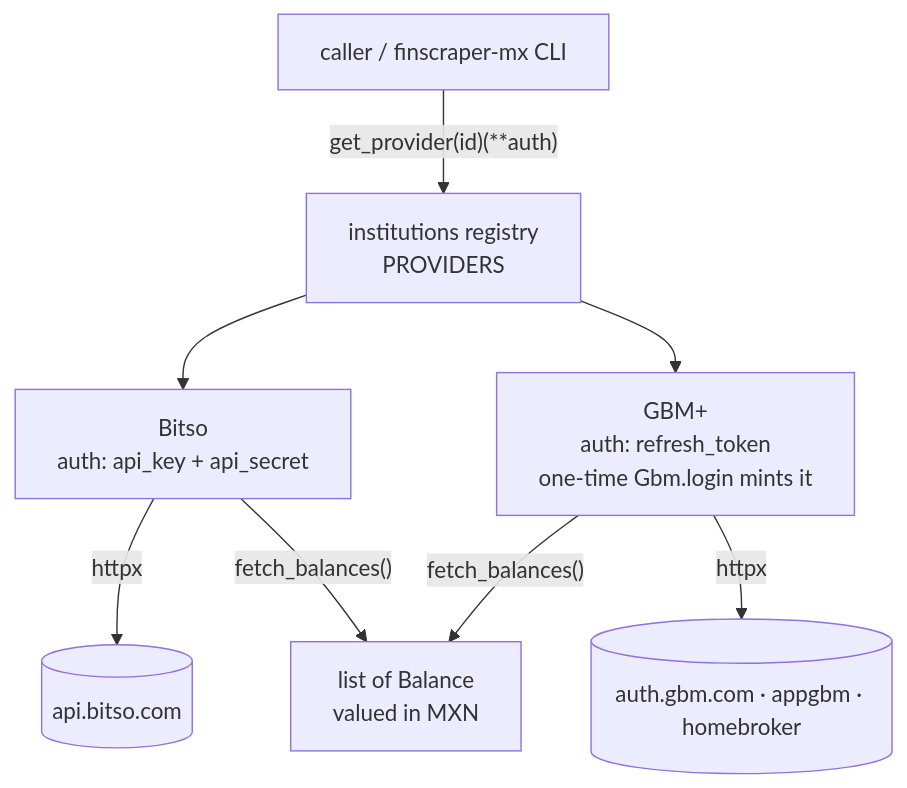
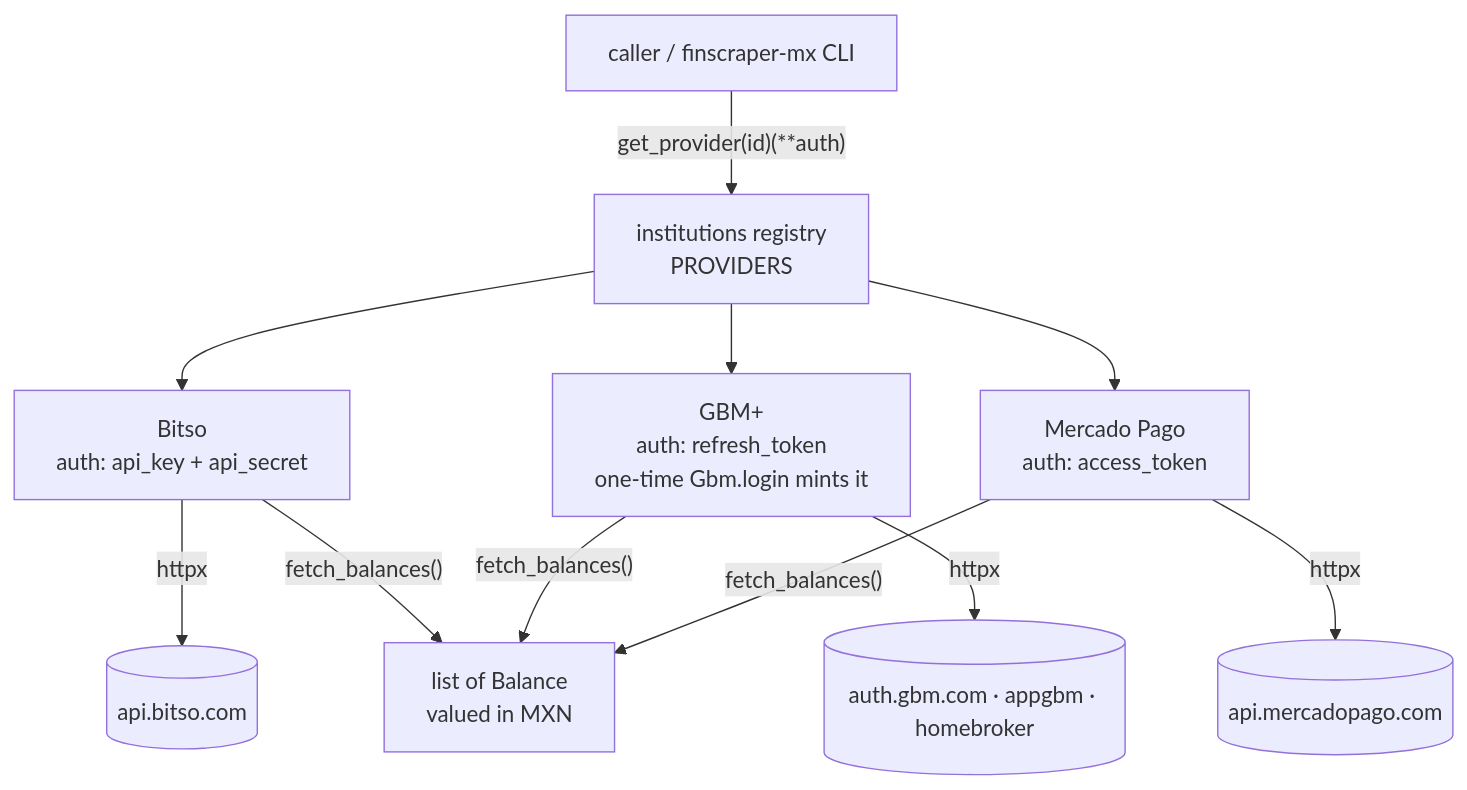
One commit to PaoloReyes/finscraper-mx changed the diagram in CLAUDE.md. Above: the diagram before and after it, drawn with Mermaid. The commit also changed other lines of this file and 5 other files, not shown here.

First line of the commit message:
Add Mercado Pago provider (account money via official API)

````diff
--- a/CLAUDE.md
+++ b/CLAUDE.md
@@ -26,10 +26,13 @@
 ```mermaid
 flowchart TD
   caller["caller / finscraper-mx CLI"] -->|"get_provider(id)(**auth)"| reg["institutions registry<br/>PROVIDERS"]
   reg --> bitso["Bitso<br/>auth: api_key + api_secret"]
   reg --> gbm["GBM+<br/>auth: refresh_token<br/>one-time Gbm.login mints it"]
+  reg --> mp["Mercado Pago<br/>auth: access_token"]
   bitso -->|"httpx"| bapi[("api.bitso.com")]
   gbm -->|"httpx"| gapi[("auth.gbm.com · appgbm · homebroker")]
+  mp -->|"httpx"| mapi[("api.mercadopago.com")]
   bitso -->|"fetch_balances()"| bal["list of Balance<br/>valued in MXN"]
   gbm -->|"fetch_balances()"| bal
+  mp -->|"fetch_balances()"| bal
 ```
````
